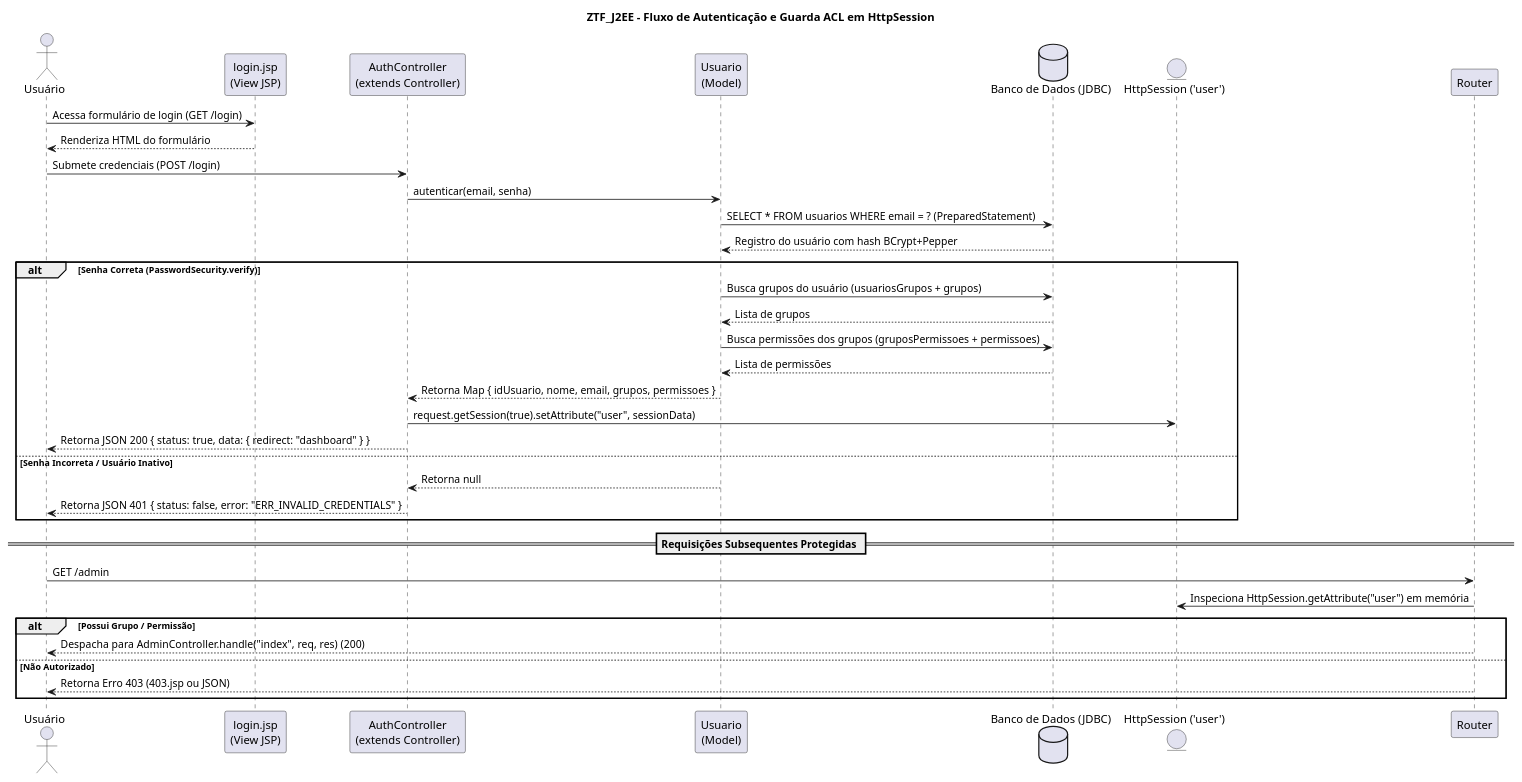
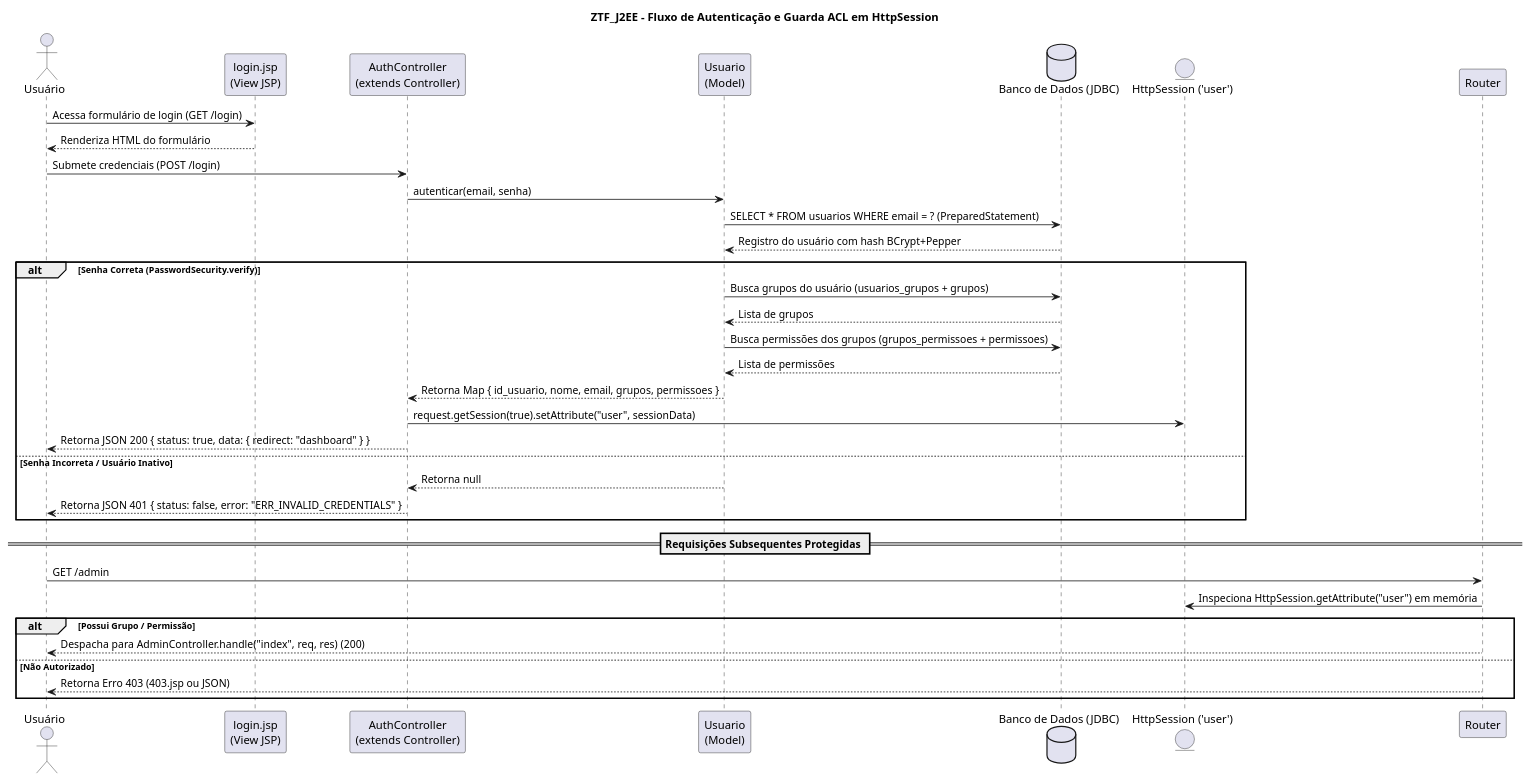
Before and after one commit to roobertoAlves/hospital-case-backend: the diagram in src/main/webapp/WEB-INF/documentation/Session_ACL.puml, drawn with PlantUML. The commit also changed 26 other files, not shown here.

```diff
--- a/src/main/webapp/WEB-INF/documentation/Session_ACL.puml
+++ b/src/main/webapp/WEB-INF/documentation/Session_ACL.puml
@@ -1,44 +1,44 @@
 @startuml Session_ACL
 title ZTF_J2EE - Fluxo de Autenticação e Guarda ACL em HttpSession
 
 actor "Usuário" as User
 participant "login.jsp\n(View JSP)" as View
 participant "AuthController\n(extends Controller)" as Auth
 participant "Usuario\n(Model)" as Model
 database "Banco de Dados (JDBC)" as DB
 entity "HttpSession ('user')" as Session
 participant "Router" as Router
 
 User -> View : Acessa formulário de login (GET /login)
 View --> User : Renderiza HTML do formulário
 
 User -> Auth : Submete credenciais (POST /login)
 Auth -> Model : autenticar(email, senha)
 Model -> DB : SELECT * FROM usuarios WHERE email = ? (PreparedStatement)
 DB --> Model : Registro do usuário com hash BCrypt+Pepper
 
 alt Senha Correta (PasswordSecurity.verify)
-    Model -> DB : Busca grupos do usuário (usuariosGrupos + grupos)
+    Model -> DB : Busca grupos do usuário (usuarios_grupos + grupos)
     DB --> Model : Lista de grupos
-    Model -> DB : Busca permissões dos grupos (gruposPermissoes + permissoes)
+    Model -> DB : Busca permissões dos grupos (grupos_permissoes + permissoes)
     DB --> Model : Lista de permissões
 
-    Model --> Auth : Retorna Map { idUsuario, nome, email, grupos, permissoes }
+    Model --> Auth : Retorna Map { id_usuario, nome, email, grupos, permissoes }
     Auth -> Session : request.getSession(true).setAttribute("user", sessionData)
     Auth --> User : Retorna JSON 200 { status: true, data: { redirect: "dashboard" } }
 else Senha Incorreta / Usuário Inativo
     Model --> Auth : Retorna null
     Auth --> User : Retorna JSON 401 { status: false, error: "ERR_INVALID_CREDENTIALS" }
 end
 
 == Requisições Subsequentes Protegidas ==
 
 User -> Router : GET /admin
 Router -> Session : Inspeciona HttpSession.getAttribute("user") em memória
 alt Possui Grupo / Permissão
     Router --> User : Despacha para AdminController.handle("index", req, res) (200)
 else Não Autorizado
     Router --> User : Retorna Erro 403 (403.jsp ou JSON)
 end
 
 @enduml
```
